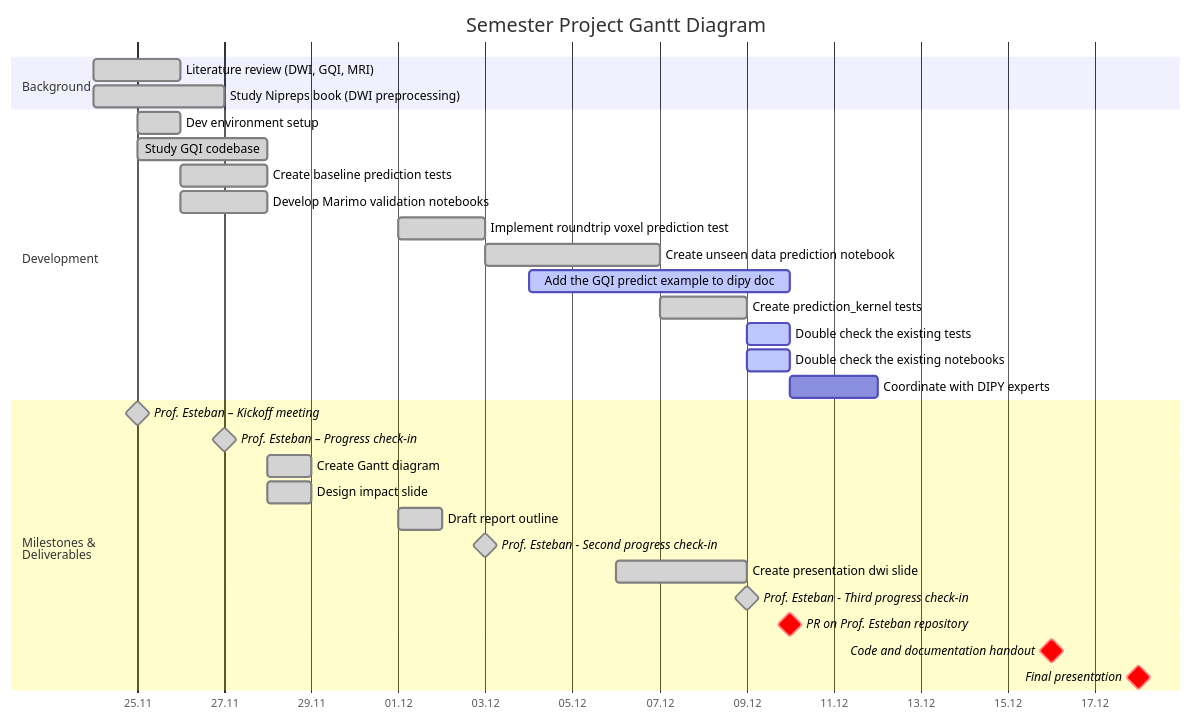
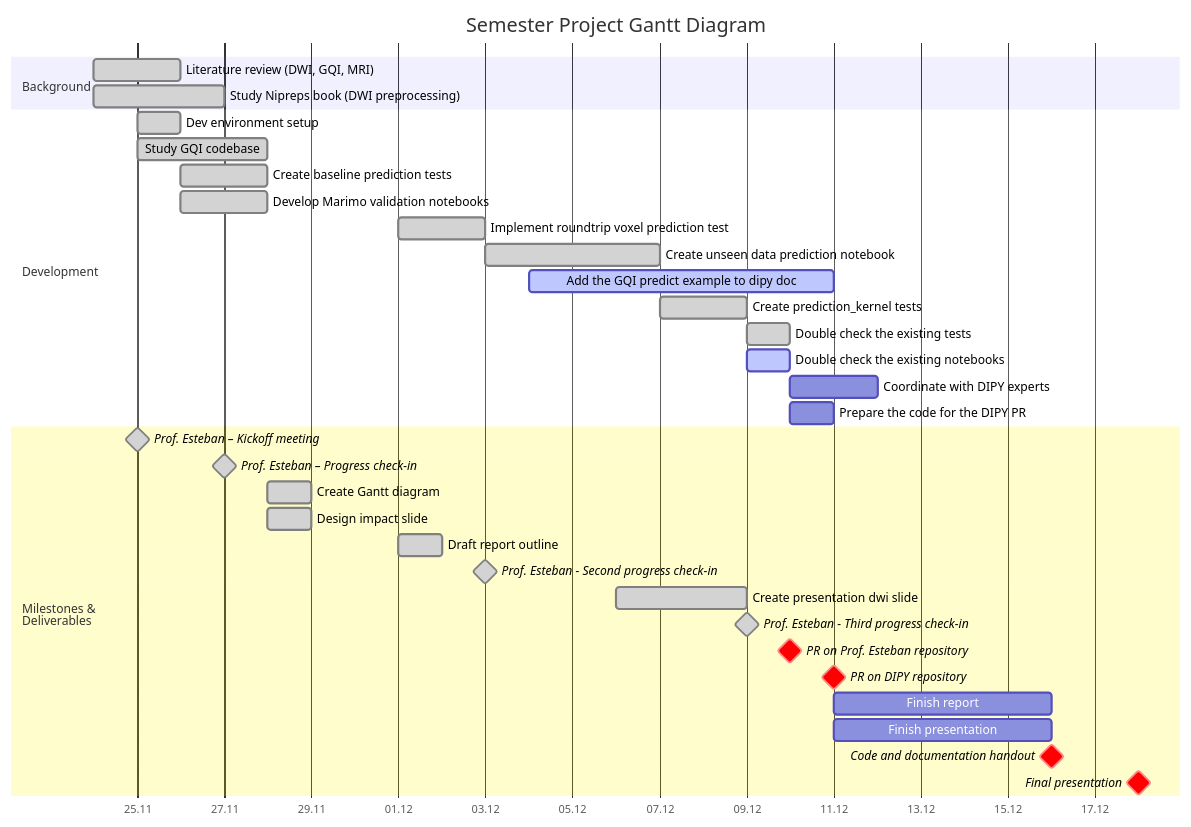
One commit to MadeInShineA/303.1-semester-project changed the diagram in src/index.qmd. Above: the diagram before and after it, drawn with Mermaid. The commit also changed 2 other files, not shown here.

Commit message:
Updated Gantt chart + Updated dipy submodule

````diff
--- a/src/index.qmd
+++ b/src/index.qmd
@@ -20,41 +20,46 @@
 ```{mermaid}
 gantt
 
     title Semester Project Gantt Diagram
     dateFormat DD.MM.YYYY
     axisFormat %d.%m
 
     section Background
         Literature review (DWI, GQI, MRI)       :done,         research,       24.11.2025, 2d
         Study Nipreps book (DWI preprocessing)  :done,         nipreps,        24.11.2025, 3d
 
     section Development
         Dev environment setup                   :done,         devenv,         25.11.2025, 1d
         Study GQI codebase                      :done,         codebase,       25.11.2025, 3d
         Create baseline prediction tests        :done,         simple_tests,   26.11.2025, 2d
         Develop Marimo validation notebooks     :done,         notebooks,      26.11.2025, 2d
         Implement roundtrip voxel prediction test :done,       cross_tests,    01.12.2025, 2d
         Create unseen data prediction notebook  :done,         unseen_data,    03.12.2025, 4d
-        Add the GQI predict example to dipy doc :active,       predict_example,04.12.2025, 10.12.2025
+        Add the GQI predict example to dipy doc :active,       predict_example,04.12.2025, 11.12.2025
         Create prediction_kernel tests          :done,         prediction_kernel ,07.12.2025, 2d
-        Double check the existing tests         :active,       dc_test,        09.12.2025, 1d
+        Double check the existing tests         :done,       dc_test,          09.12.2025, 1d
         Double check the existing notebooks     :active,       dc_notebooks,   09.12.2025, 1d
         Coordinate with DIPY experts            :              coor,           10.12.2025, 12.12.2025
+        Prepare the code for the DIPY PR        :         prpr,           10.12.2025, 1d
+        
 
       
         
 
     section Milestones & <br>Deliverables
         Prof. Esteban – Kickoff meeting         :done,         milestone,      25.11.2025, 0d
         Prof. Esteban – Progress check-in       :done,         milestone,      27.11.2025, 0d
         Create Gantt diagram                    :done,         gantt,          28.11.2025, 1d
         Design impact slide                     :done,         impact,         28.11.2025, 1d
         Draft report outline                    :done,         r_draft,        01.12.2025, 1d
         Prof. Esteban - Second progress check-in:done,         milestone,      03.12.2025, 0d
         Create presentation dwi slide           :done,         p_draft,        06.12.2025, 09.12.2025 
         Prof. Esteban - Third progress check-in :done,         milestone,      09.12.2025, 0d
         PR on Prof. Esteban repository          :crit,         milestone,      10.12.2025, 0d
+        PR on DIPY repository                   :crit,         milestone,      11.12.2025, 0d
+        Finish report                           :              f_rep,          11.12.2025, 16.12.2025
+        Finish presentation                     :              f_pres,         11.12.2025, 16.12.2025
         Code and documentation handout          :crit,         milestone,      16.12.2025, 0d
         Final presentation                      :crit,         milestone,      18.12.2025, 0d
         
 ```
````
